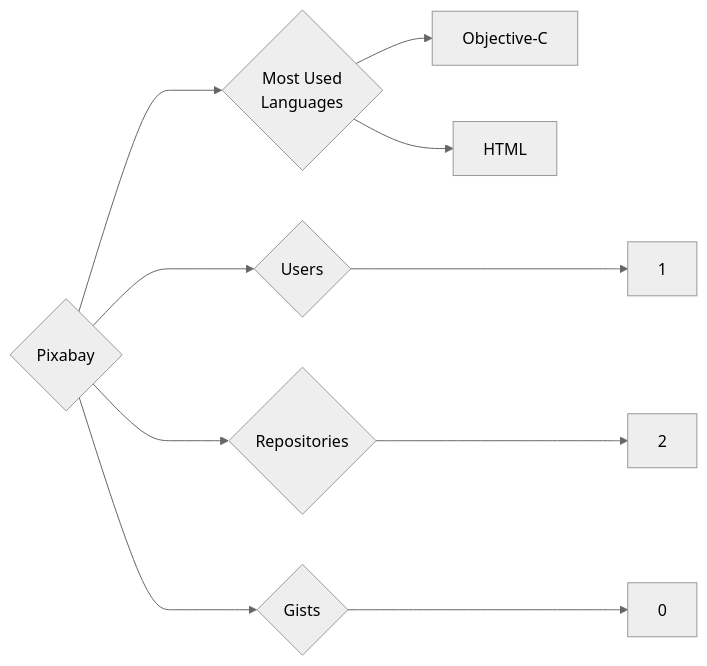
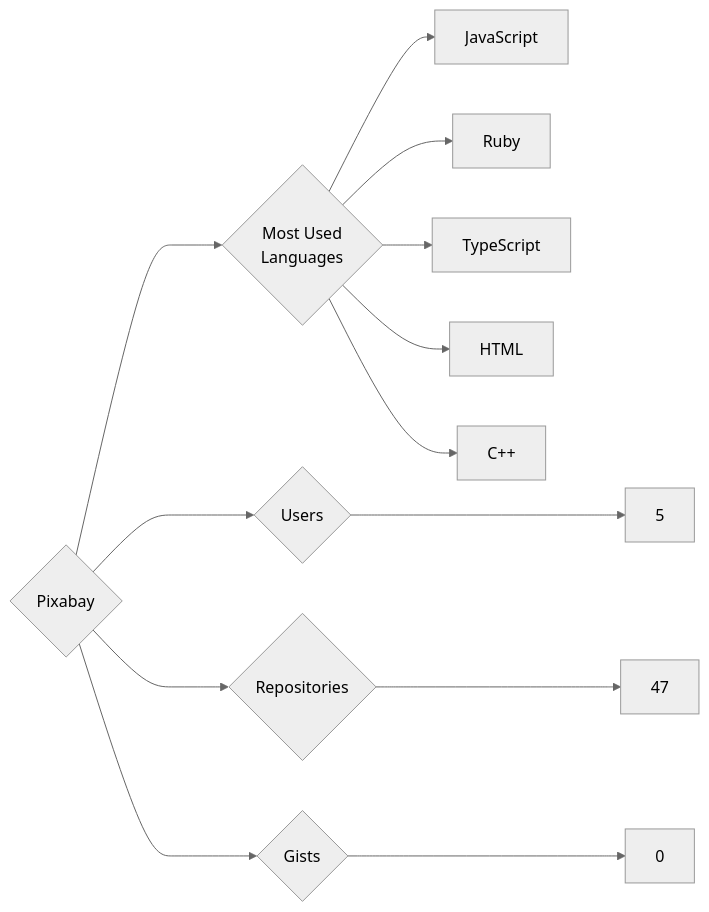
Before and after one commit to trickest/insiders: the diagram in targets/Pixabay/README.md, drawn with Mermaid (neutral theme). The commit also changed 1696 other files, not shown here.

````diff
--- a/targets/Pixabay/README.md
+++ b/targets/Pixabay/README.md
@@ -3,10 +3,13 @@
 ```mermaid
 graph LR
 COMPANY_NAME{Pixabay}
-COMPANY_NAME ---> U{Users} ---> UN[1]
-COMPANY_NAME ---> R{Repositories} ---> RN[2]
+COMPANY_NAME ---> U{Users} ---> UN[5]
+COMPANY_NAME ---> R{Repositories} ---> RN[47]
 COMPANY_NAME ---> G{Gists} ---> GN[0]
 COMPANY_NAME ---> ML{Most Used<br>Languages}
-ML --> Objective-C[Objective-C]
+ML --> JavaScript[JavaScript]
+ML --> Ruby[Ruby]
+ML --> TypeScript[TypeScript]
 ML --> HTML[HTML]
+ML --> C++[C++]
 ```
````
